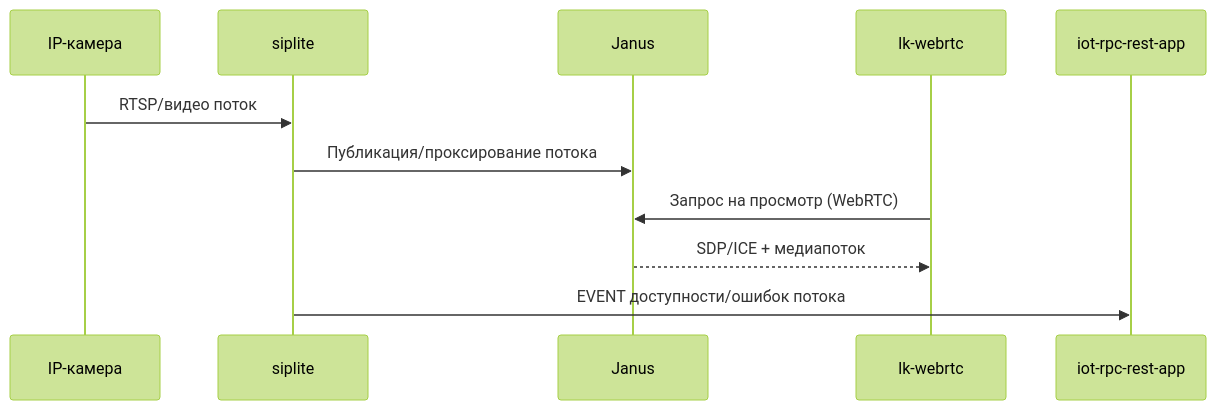
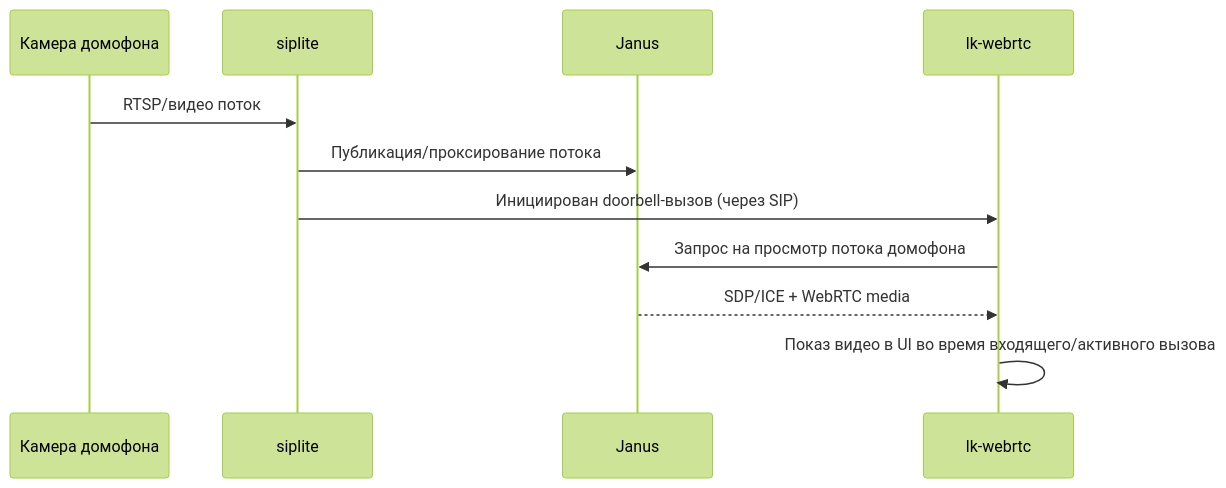
The third of 5 diagrams in docs/md/solution-presentation.md (OlegLebedevRU/lk-webrtc), drawn with Mermaid (forest theme) before and after one commit. The commit also changed other lines of this file, not shown here.

First line of the commit message:
docs: add end-to-end doorbell scenario for incoming SIP, video and lock control

````diff
--- a/docs/md/solution-presentation.md
+++ b/docs/md/solution-presentation.md
@@ -67,14 +87,14 @@
 ```mermaid
 sequenceDiagram
-    participant Cam as IP-камера
-    participant S as siplite
+    participant Cam as Камера домофона
+    participant D as siplite
     participant J as Janus
     participant W as lk-webrtc
-    participant C as iot-rpc-rest-app
 
-    Cam->>S: RTSP/видео поток
-    S->>J: Публикация/проксирование потока
-    W->>J: Запрос на просмотр (WebRTC)
-    J-->>W: SDP/ICE + медиапоток
-    S->>C: EVENT доступности/ошибок потока
+    Cam->>D: RTSP/видео поток
+    D->>J: Публикация/проксирование потока
+    D->>W: Инициирован doorbell-вызов (через SIP)
+    W->>J: Запрос на просмотр потока домофона
+    J-->>W: SDP/ICE + WebRTC media
+    W->>W: Показ видео в UI во время входящего/активного вызова
 ```
````
